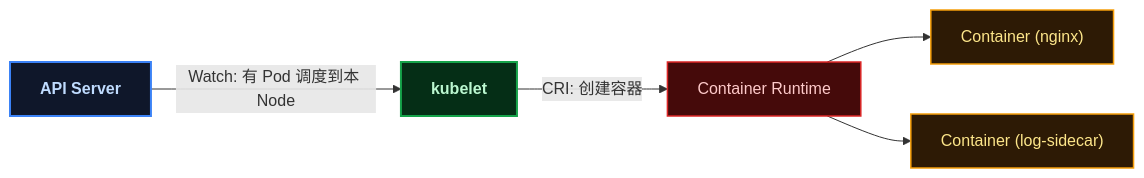
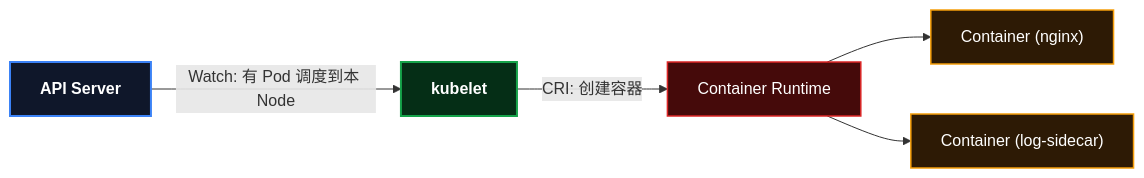
The fourth of 7 diagrams in content/posts/kubernetes/K8sFoundationConcepts.md (yaocat55/yaocat55.github.io), drawn with Mermaid before and after one commit. The commit also changed other lines of this file and 27 other files, not shown here.

Commit message:
docs: 全系列 93 张 Mermaid 图 classDef 改为 style 强制深底白字(修复部分渲染器白底浅字)+历史文件格式清理

````diff
--- a/content/posts/kubernetes/K8sFoundationConcepts.md
+++ b/content/posts/kubernetes/K8sFoundationConcepts.md
@@ -300,25 +288,18 @@
 ```mermaid
 flowchart LR
   AS["API Server"]
   KL["kubelet"]
   CR["Container Runtime"]
   CT["Container (nginx)"]
   CT2["Container (log-sidecar)"]
 
   AS -->|"Watch: 有 Pod 调度到本 Node"| KL
   KL -->|"CRI: 创建容器"| CR
   CR --> CT
   CR --> CT2
-
-classDef api fill:#0f172a,stroke:#3b82f6,stroke-width:2px,color:#bfdbfe,font-weight:bold;
-  class AS api
-
-classDef kl fill:#052e16,stroke:#16a34a,stroke-width:2px,color:#bbf7d0,font-weight:bold;
-  class KL kl
-
-classDef rt fill:#450a0a,stroke:#dc2626,stroke-width:1.5px,color:#fecaca;
-  class CR rt
-
-classDef ct fill:#2d1a05,stroke:#f59e0b,stroke-width:1.5px,color:#fde68a;
-  class CT,CT2 ct
+    style AS fill:#0f172a,stroke:#3b82f6,stroke-width:2px,color:#ffffff,font-weight:bold
+    style KL fill:#052e16,stroke:#16a34a,stroke-width:2px,color:#ffffff,font-weight:bold
+    style CR fill:#450a0a,stroke:#dc2626,stroke-width:1.5px,color:#ffffff
+    style CT fill:#2d1a05,stroke:#f59e0b,stroke-width:1.5px,color:#ffffff
+    style CT2 fill:#2d1a05,stroke:#f59e0b,stroke-width:1.5px,color:#ffffff
 ```
````
